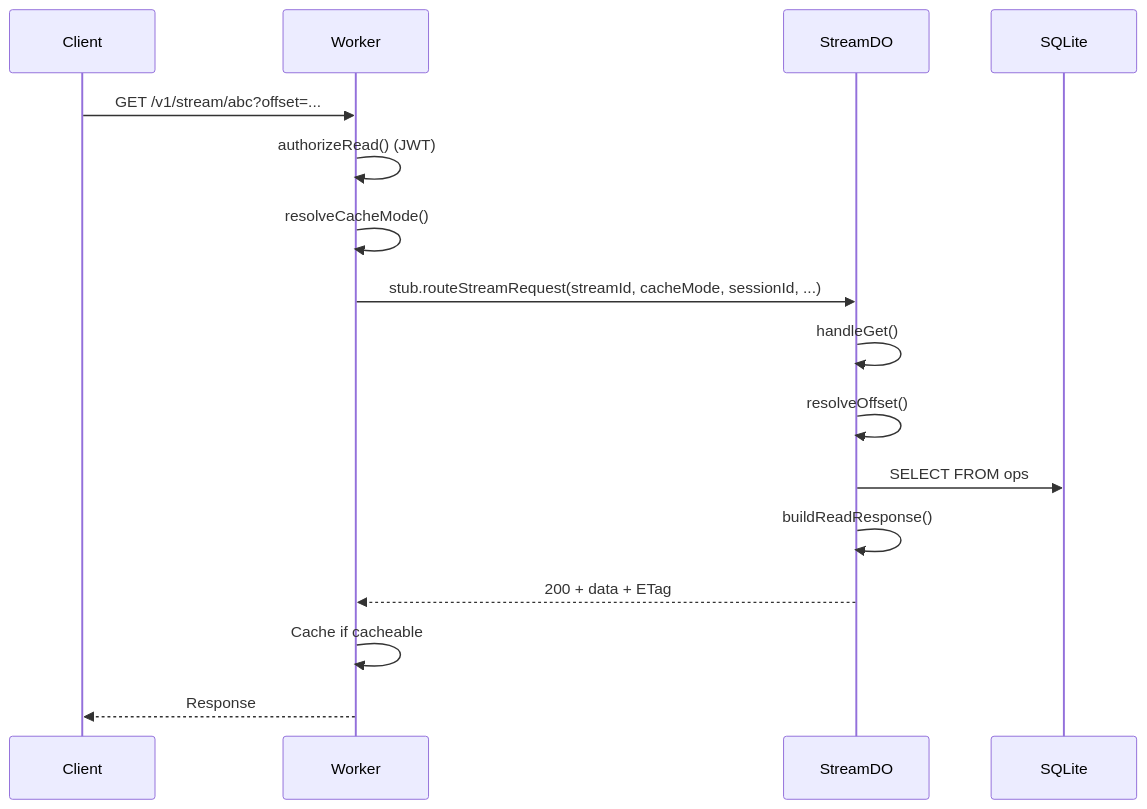
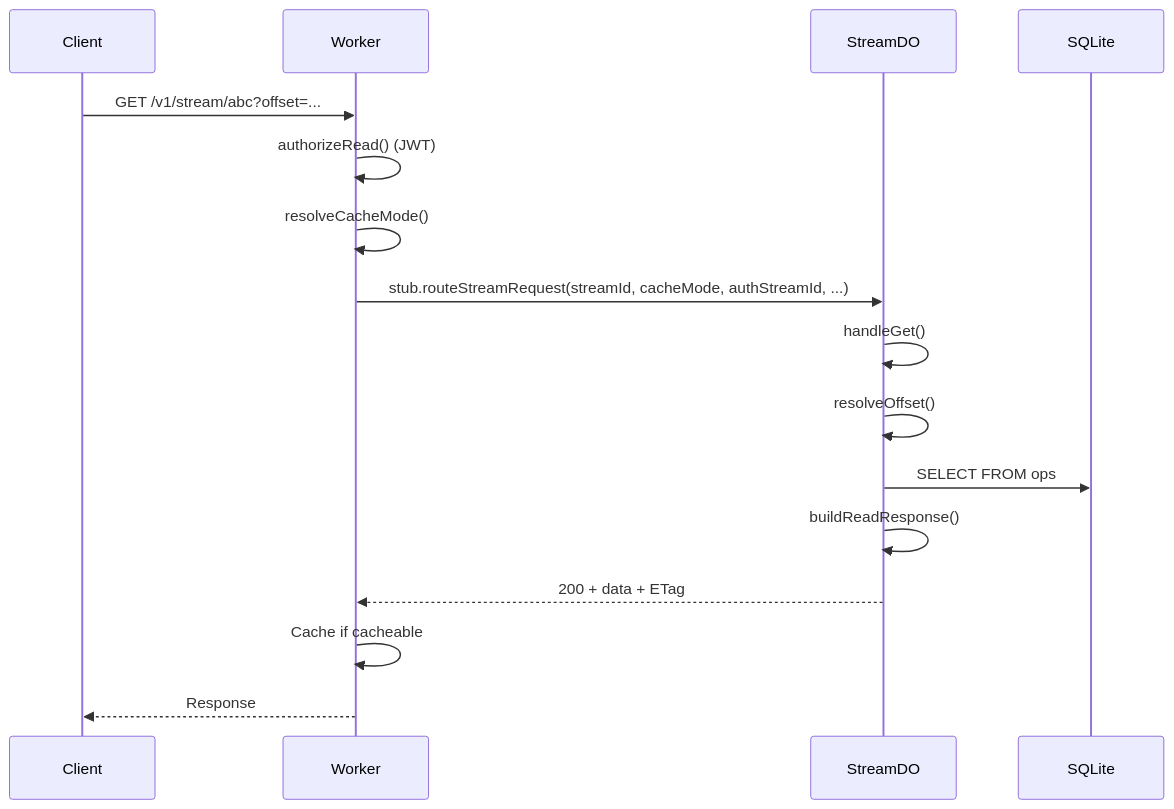
Before and after one commit to commoncurriculum/durable-streams-cloudflare: the second of 5 diagrams in packages/docs/core.md, drawn with Mermaid. The commit also changed other lines of this file and 6 other files, not shown here.

First line of the commit message:
fix: rename session_id to stream_id in core package JWT auth

````diff
--- a/packages/docs/core.md
+++ b/packages/docs/core.md
@@ -188,19 +188,19 @@
 ```mermaid
 sequenceDiagram
     participant C as Client
     participant W as Worker
     participant DO as StreamDO
     participant SQL as SQLite
 
     C->>W: GET /v1/stream/abc?offset=...
     W->>W: authorizeRead() (JWT)
     W->>W: resolveCacheMode()
-    W->>DO: stub.routeStreamRequest(streamId, cacheMode, sessionId, ...)
+    W->>DO: stub.routeStreamRequest(streamId, cacheMode, authStreamId, ...)
     DO->>DO: handleGet()
     DO->>DO: resolveOffset()
     DO->>SQL: SELECT FROM ops
     DO->>DO: buildReadResponse()
     DO-->>W: 200 + data + ETag
     W->>W: Cache if cacheable
     W-->>C: Response
 ```
````
